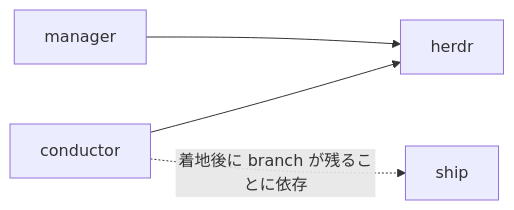
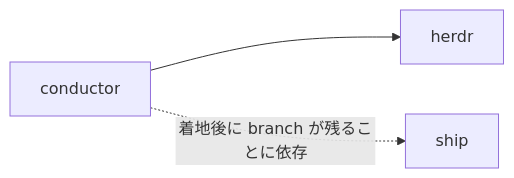
Before and after one commit to usagizmo/agentfiles: the second of 3 diagrams in agents/docs/structure.md, drawn with Mermaid. The commit also changed other lines of this file and 6 other files, not shown here.

````diff
--- a/agents/docs/structure.md
+++ b/agents/docs/structure.md
@@ -71,6 +69,5 @@
 ```mermaid
 flowchart LR
-    MG[manager] --> HD[herdr]
-    CO[conductor] --> HD
+    CO[conductor] --> HD[herdr]
     CO -.->|着地後に branch が残ることに依存| SH[ship]
 ```
````
